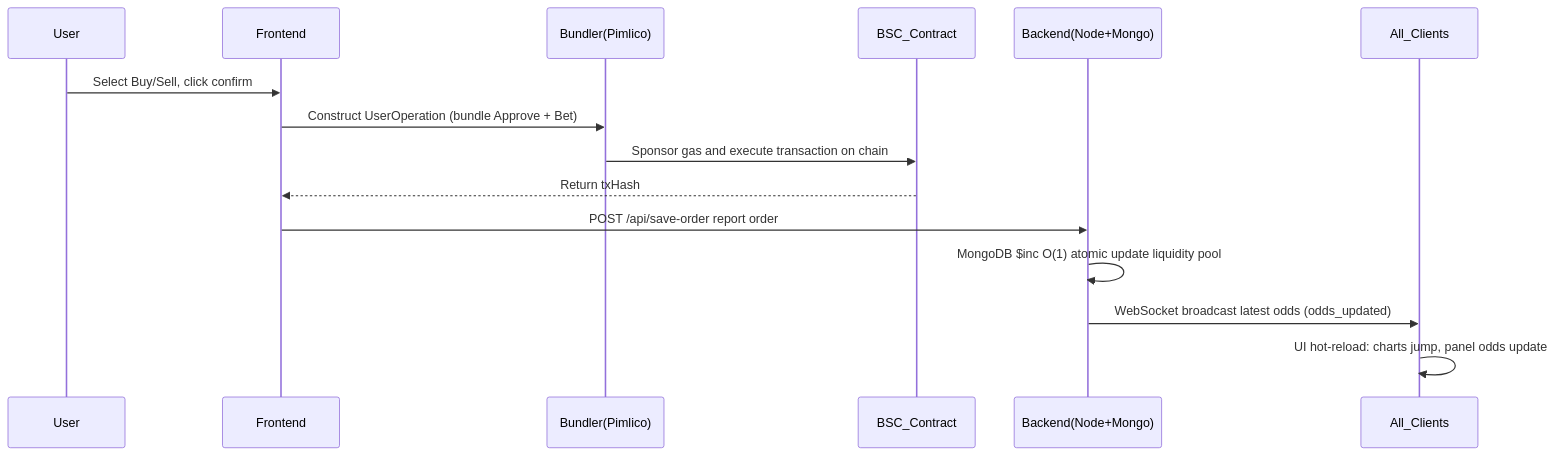
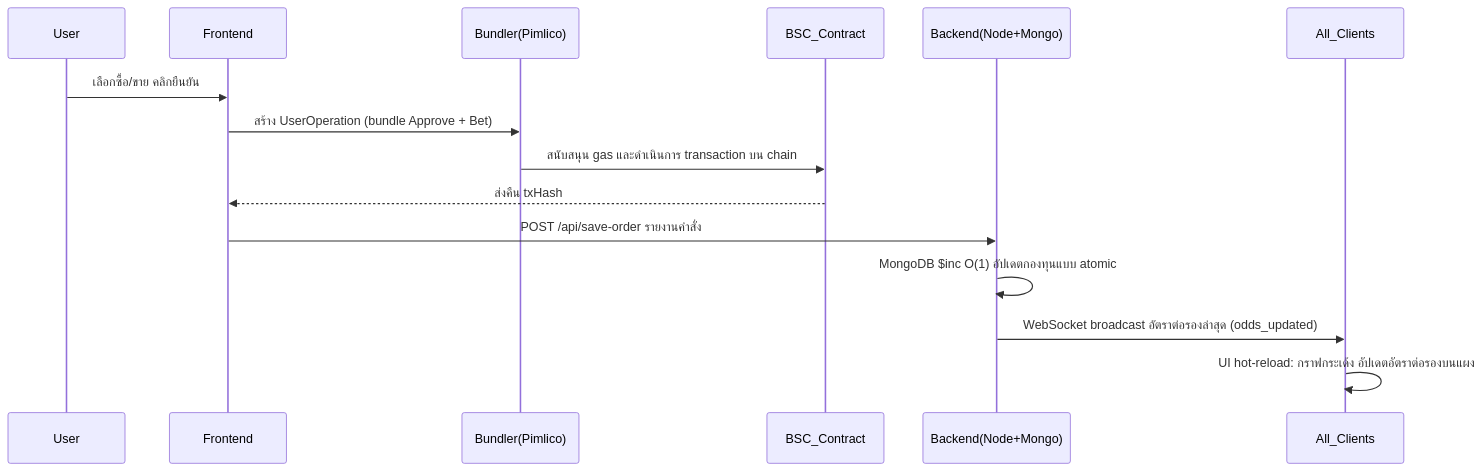
The first of 2 diagrams in README.md (superhandishere/newmarket-web3), drawn with Mermaid before and after one commit. The commit also changed other lines of this file, not shown here.

````diff
--- a/README.md
+++ b/README.md
@@ -72,18 +72,18 @@
 ```mermaid
 sequenceDiagram
     participant User
     participant Frontend
     participant Bundler as Bundler(Pimlico)
     participant BSC_Contract
     participant Backend as Backend(Node+Mongo)
     participant All_Clients
     
-    User->>Frontend: Select Buy/Sell, click confirm
-    Frontend->>Bundler: Construct UserOperation (bundle Approve + Bet)
-    Bundler->>BSC_Contract: Sponsor gas and execute transaction on chain
-    BSC_Contract-->>Frontend: Return txHash
-    Frontend->>Backend: POST /api/save-order report order
-    Backend->>Backend: MongoDB $inc O(1) atomic update liquidity pool
-    Backend->>All_Clients: WebSocket broadcast latest odds (odds_updated)
-    All_Clients->>All_Clients: UI hot-reload: charts jump, panel odds update
+    User->>Frontend: เลือกซื้อ/ขาย คลิกยืนยัน
+    Frontend->>Bundler: สร้าง UserOperation (bundle Approve + Bet)
+    Bundler->>BSC_Contract: สนับสนุน gas และดำเนินการ transaction บน chain
+    BSC_Contract-->>Frontend: ส่งคืน txHash
+    Frontend->>Backend: POST /api/save-order รายงานคำสั่ง
+    Backend->>Backend: MongoDB $inc O(1) อัปเดตกองทุนแบบ atomic
+    Backend->>All_Clients: WebSocket broadcast อัตราต่อรองล่าสุด (odds_updated)
+    All_Clients->>All_Clients: UI hot-reload: กราฟกระเด้ง อัปเดตอัตราต่อรองบนแผง
 ```
````
